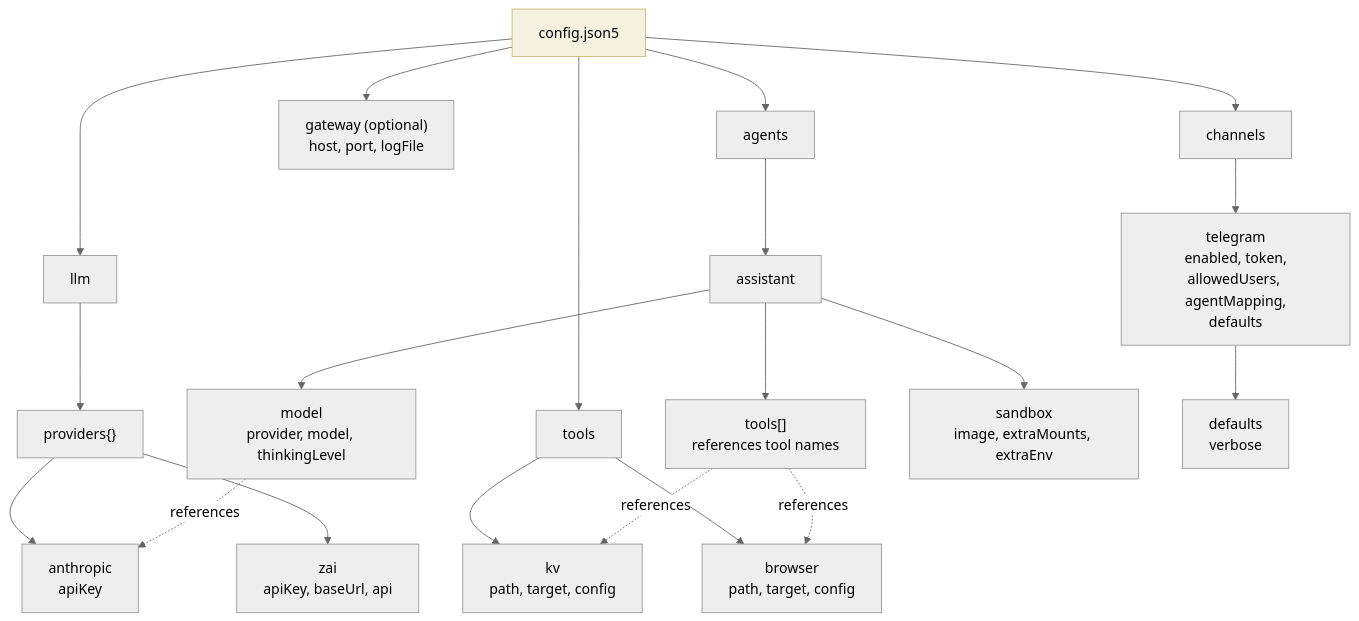
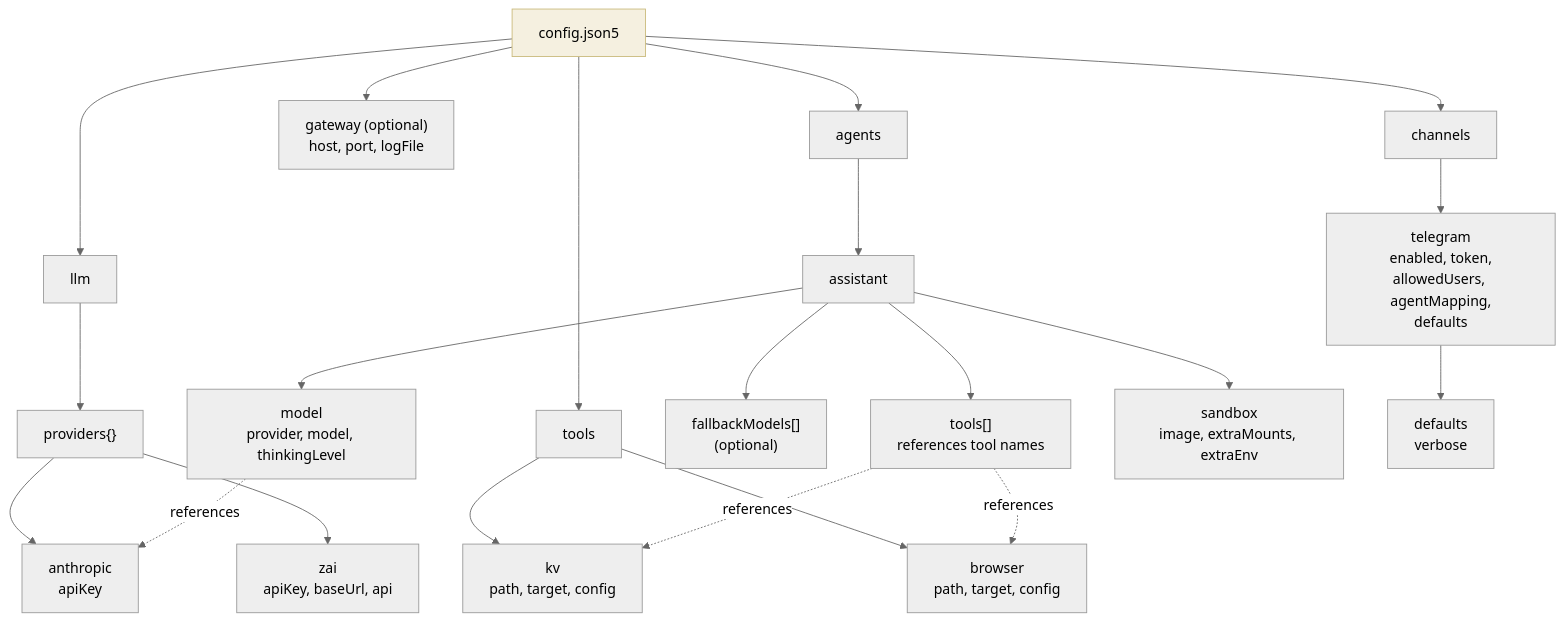
The diagram in docs/configuration.md (matthias-hausberger/beige), drawn with Mermaid (neutral theme) before and after one commit. The commit also changed other lines of this file and 5 other files, not shown here.

````diff
--- a/docs/configuration.md
+++ b/docs/configuration.md
@@ -152,29 +155,30 @@
 ```mermaid
 graph TD
     CONFIG[config.json5] --> LLM[llm]
     CONFIG --> TOOLS[tools]
     CONFIG --> AGENTS[agents]
     CONFIG --> GW["gateway (optional)<br/>host, port, logFile"]
     CONFIG --> CHANNELS[channels]
 
     LLM --> PROVIDERS["providers{}"]
     PROVIDERS --> P1["anthropic<br/>apiKey"]
     PROVIDERS --> P2["zai<br/>apiKey, baseUrl, api"]
 
     TOOLS --> T1["kv<br/>path, target, config"]
     TOOLS --> T2["browser<br/>path, target, config"]
 
     AGENTS --> A1["assistant"]
     A1 --> MODEL["model<br/>provider, model, thinkingLevel"]
+    A1 --> FALLBACK["fallbackModels[]<br/>(optional)"]
     A1 --> ATOOLS["tools[]<br/>references tool names"]
     A1 --> SANDBOX["sandbox<br/>image, extraMounts, extraEnv"]
 
     CHANNELS --> TELEGRAM["telegram<br/>enabled, token,<br/>allowedUsers, agentMapping,<br/>defaults"]
     TELEGRAM --> TGDEFAULTS["defaults<br/>verbose"]
 
     ATOOLS -.->|references| T1
     ATOOLS -.->|references| T2
     MODEL -.->|references| P1
 
     style CONFIG fill:#f5f0e0,stroke:#c9b97a
 ```
````
